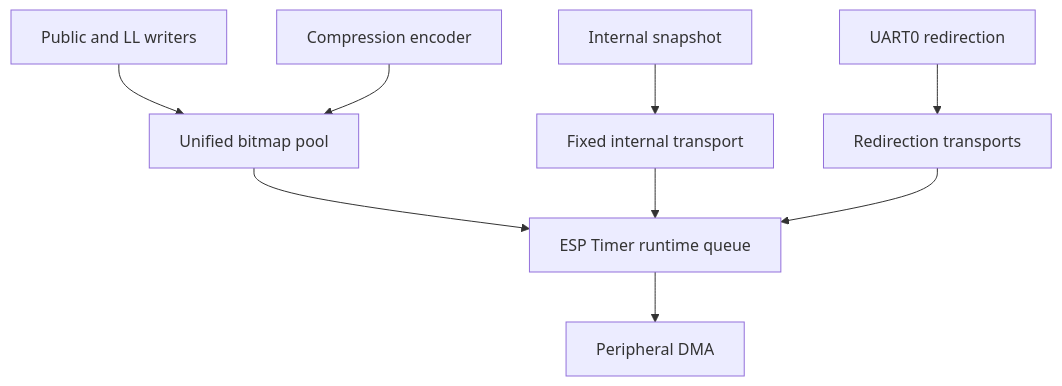
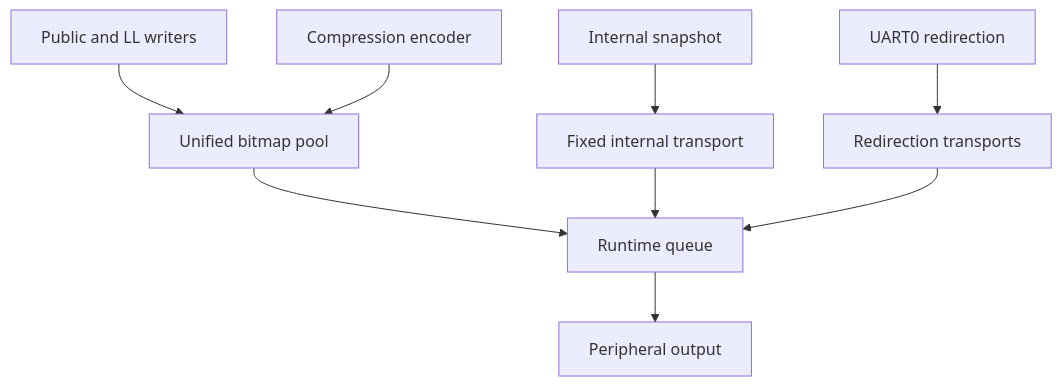
The diagram in components/bt/common/ble_log/README.md (espressif/esp-idf), drawn with Mermaid before and after one commit. The commit also changed other lines of this file and 22 other files, not shown here.

````diff
--- a/components/bt/common/ble_log/README.md
+++ b/components/bt/common/ble_log/README.md
@@ -8,11 +8,11 @@
 ```mermaid
 flowchart TD
     A[Public and LL writers] --> P[Unified bitmap pool]
     C[Compression encoder] --> P
     S[Internal snapshot] --> I[Fixed internal transport]
     R[UART0 redirection] --> D[Redirection transports]
-    P --> Q[ESP Timer runtime queue]
+    P --> Q[Runtime queue]
     I --> Q
     D --> Q
-    Q --> X[Peripheral DMA]
+    Q --> X[Peripheral output]
 ```
````
